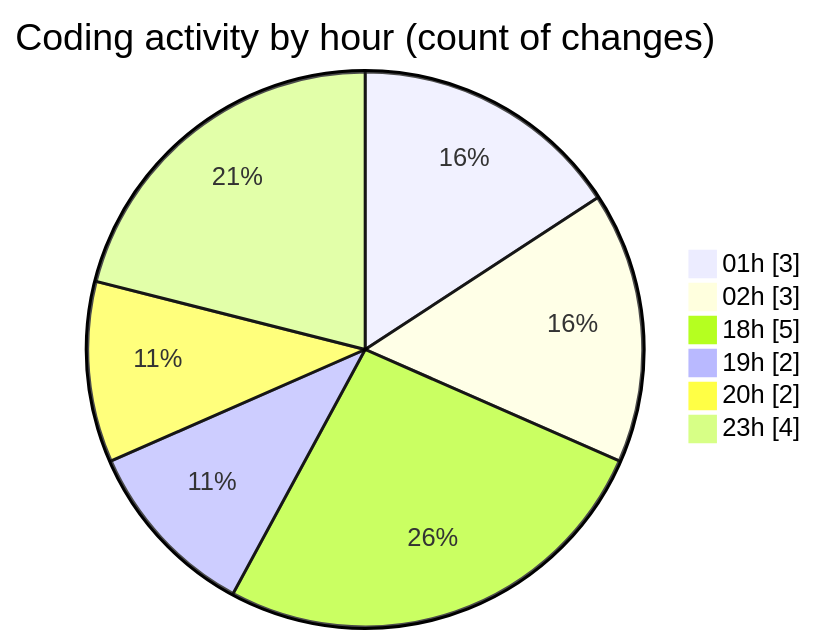
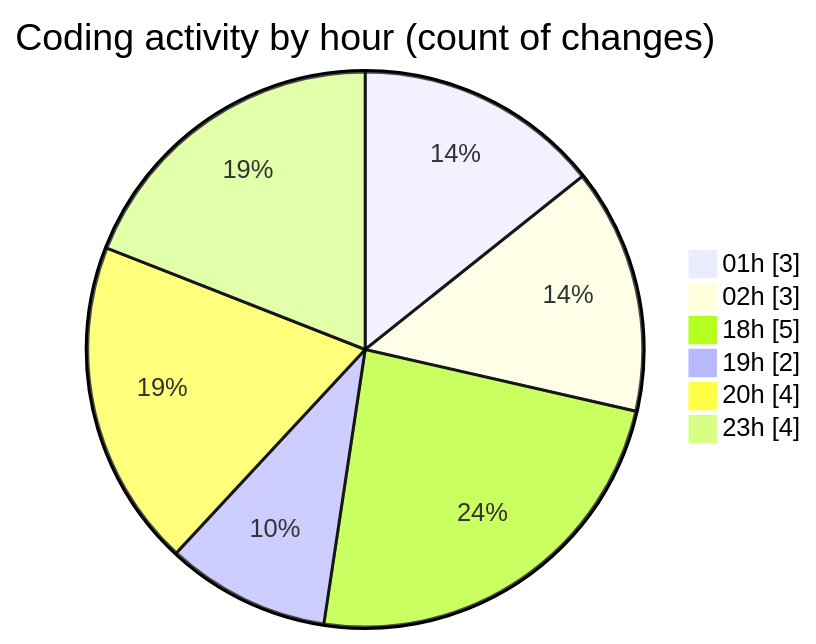
Before and after one commit to lephambinh05/code-tracking: the second of 2 diagrams in 2025-09-08/quanlylink/README.md, drawn with Mermaid. The commit also changed other lines of this file and 1 other file, not shown here.

````diff
--- a/2025-09-08/quanlylink/README.md
+++ b/2025-09-08/quanlylink/README.md
@@ -46,10 +47,10 @@
 ```mermaid
 pie showData
 title Coding activity by hour (count of changes)
 "01h" : 3
 "02h" : 3
 "18h" : 5
 "19h" : 2
-"20h" : 2
+"20h" : 4
 "23h" : 4
 ```
````
